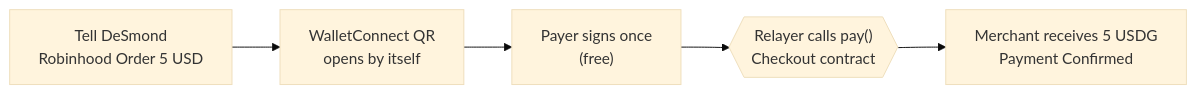
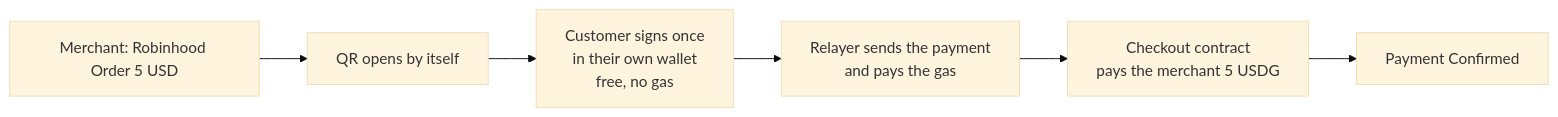
Before and after one commit to altaga/Effisend-RH: the third of 7 diagrams in README.md, drawn with Mermaid (base theme). The commit also changed other lines of this file, not shown here.

First line of the commit message:
README: explain each feature in plain words; diagrams GitHub can render

````diff
--- a/README.md
+++ b/README.md
@@ -70,7 +81,8 @@
 ```mermaid
 flowchart LR
-  A["Tell DeSmond<br/>Robinhood Order 5 USD"] --> B["WalletConnect QR<br/>opens by itself"]
-  B --> C["Payer signs once<br/>(free)"]
-  C --> D{{"Relayer calls pay()<br/>Checkout contract"}}
-  D --> E["Merchant receives 5 USDG<br/>Payment Confirmed"]
+  A["Merchant: Robinhood Order 5 USD"] --> B["QR opens by itself"]
+  B --> C["Customer signs once<br/>in their own wallet<br/>free, no gas"]
+  C --> D["Relayer sends the payment<br/>and pays the gas"]
+  D --> E["Checkout contract<br/>pays the merchant 5 USDG"]
+  E --> F["Payment Confirmed"]
 ```
````
